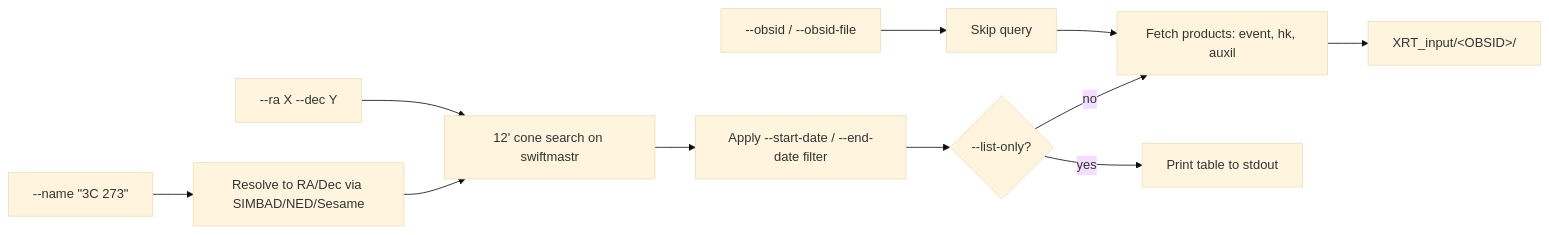
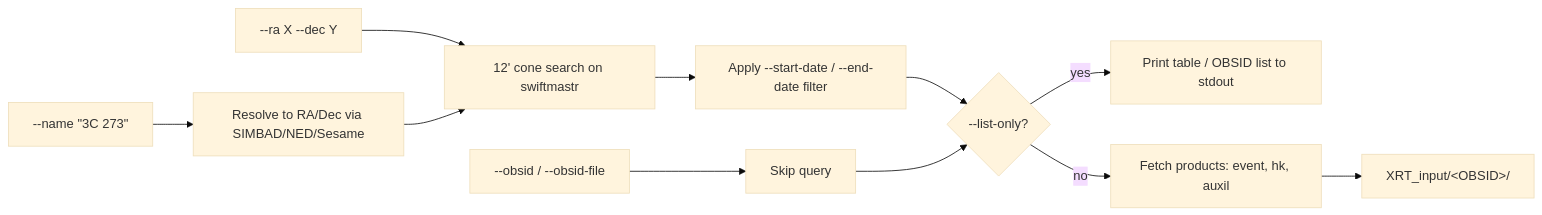
Before and after one commit to etmeyer/SwiftXRT_Complete: the first of 2 diagrams in docs/02-download.md, drawn with Mermaid (base theme). The commit also changed other lines of this file and 2 other files, not shown here.

Commit message:
swift_xrt_download.py: honor --list-only with --obsid / --obsid-file
The --list-only exit lived only in the catalog (--name / --ra) branch,
so `--obsid X --list-only` silently downloaded everything into
./swift_xrt_data. Direct-OBSID input now lists the OBSIDs it would
fetch and exits. The docs flowchart drew the same bypass (--obsid
straight to fetch) and is corrected.

````diff
--- a/docs/02-download.md
+++ b/docs/02-download.md
@@ -55,13 +57,13 @@
 ```mermaid
 flowchart LR
   A["--name &quot;3C 273&quot;"] --> R[Resolve to RA/Dec via SIMBAD/NED/Sesame]
   B["--ra X --dec Y"] --> Q
   R --> Q["12' cone search on swiftmastr"]
   C["--obsid / --obsid-file"] --> D[Skip query]
   Q --> F["Apply --start-date / --end-date filter"]
   F --> O{"--list-only?"}
-  D --> G["Fetch products: event, hk, auxil"]
-  O -- yes --> P[Print table to stdout]
-  O -- no --> G
+  D --> O
+  O -- yes --> P[Print table / OBSID list to stdout]
+  O -- no --> G["Fetch products: event, hk, auxil"]
   G --> X["XRT_input/&lt;OBSID&gt;/"]
 ```
````
